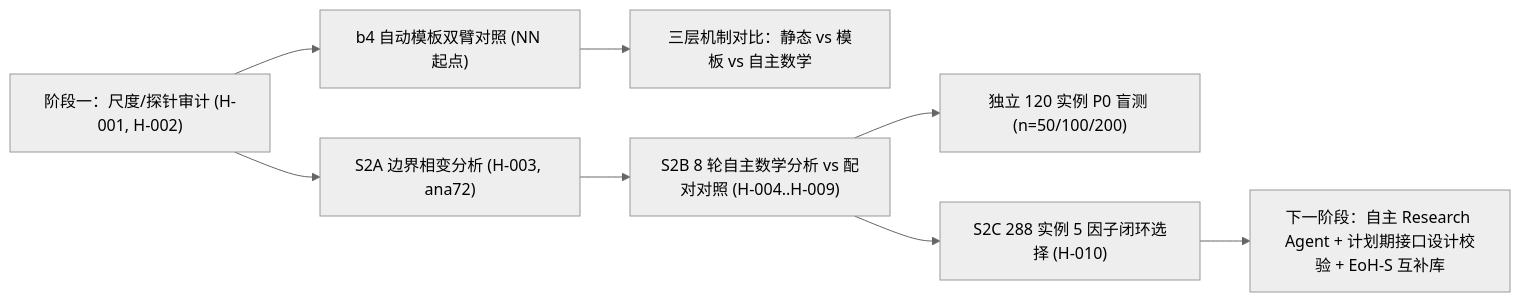
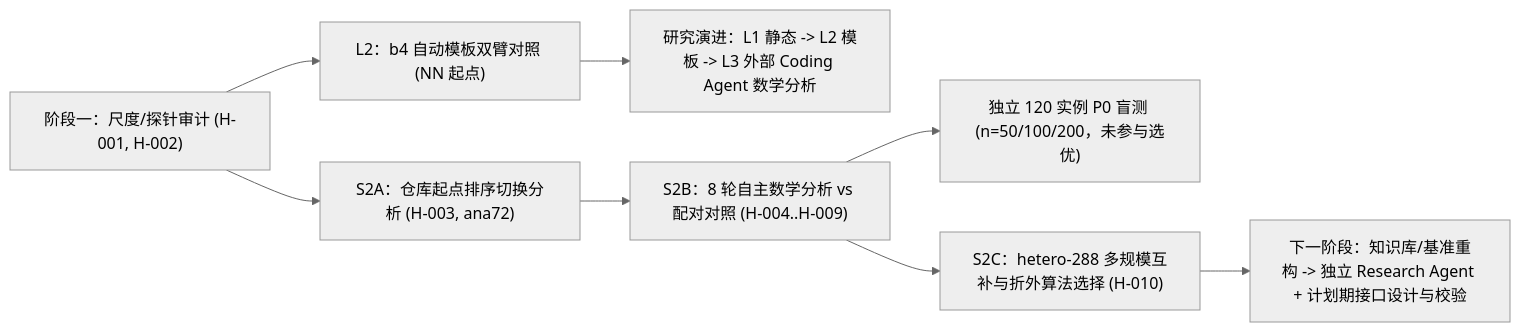
The diagram in experiments/cvrp_midterm/REPORT_MIDTERM_SYNTHESIS.md (gjd12345/auto-algo-opt), drawn with Mermaid (neutral theme) before and after one commit. The commit also changed other lines of this file and 646 other files, not shown here.

````diff
--- a/experiments/cvrp_midterm/REPORT_MIDTERM_SYNTHESIS.md
+++ b/experiments/cvrp_midterm/REPORT_MIDTERM_SYNTHESIS.md
@@ -31,10 +17,10 @@
 ```mermaid
 flowchart LR
-    S1["阶段一：尺度/探针审计 (H-001, H-002)"] --> B4["b4 自动模板双臂对照 (NN 起点)"]
-    S1 --> S2A["S2A 边界相变分析 (H-003, ana72)"]
-    B4 --> CMP["三层机制对比：静态 vs 模板 vs 自主数学"]
-    S2A --> S2B["S2B 8 轮自主数学分析 vs 配对对照 (H-004..H-009)"]
-    S2B --> P0["独立 120 实例 P0 盲测 (n=50/100/200)"]
-    S2B --> S2C["S2C 288 实例 5 因子闭环选择 (H-010)"]
-    S2C --> NEXT["下一阶段：自主 Research Agent + 计划期接口设计校验 + EoH-S 互补库"]
+    S1["阶段一：尺度/探针审计 (H-001, H-002)"] --> B4["L2：b4 自动模板双臂对照 (NN 起点)"]
+    S1 --> S2A["S2A：仓库起点排序切换分析 (H-003, ana72)"]
+    B4 --> CMP["研究演进：L1 静态 -> L2 模板 -> L3 外部 Coding Agent 数学分析"]
+    S2A --> S2B["S2B：8 轮自主数学分析 vs 配对对照 (H-004..H-009)"]
+    S2B --> P0["独立 120 实例 P0 盲测 (n=50/100/200，未参与选优)"]
+    S2B --> S2C["S2C：hetero-288 多规模互补与折外算法选择 (H-010)"]
+    S2C --> NEXT["下一阶段：知识库/基准重构 -> 独立 Research Agent + 计划期接口设计与校验"]
 ```
````
